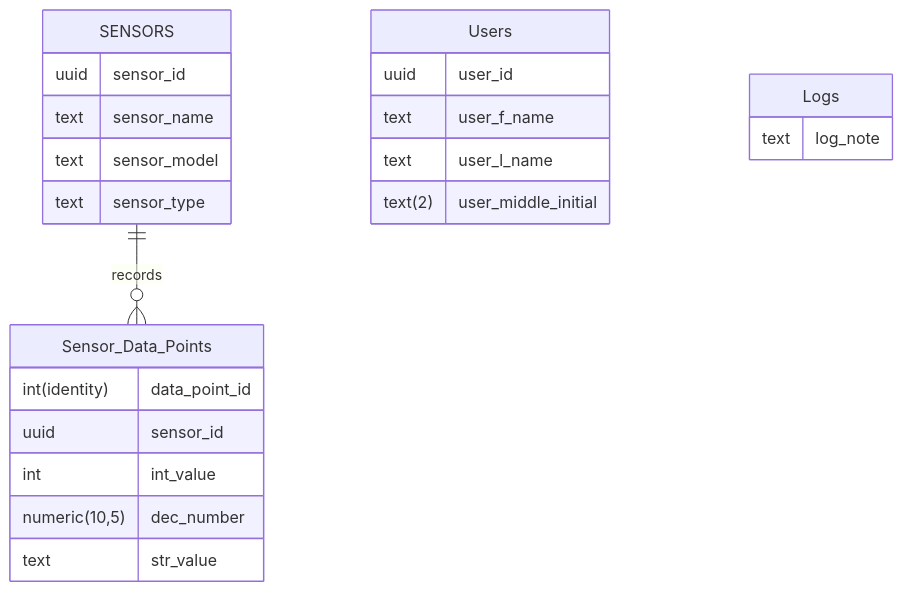
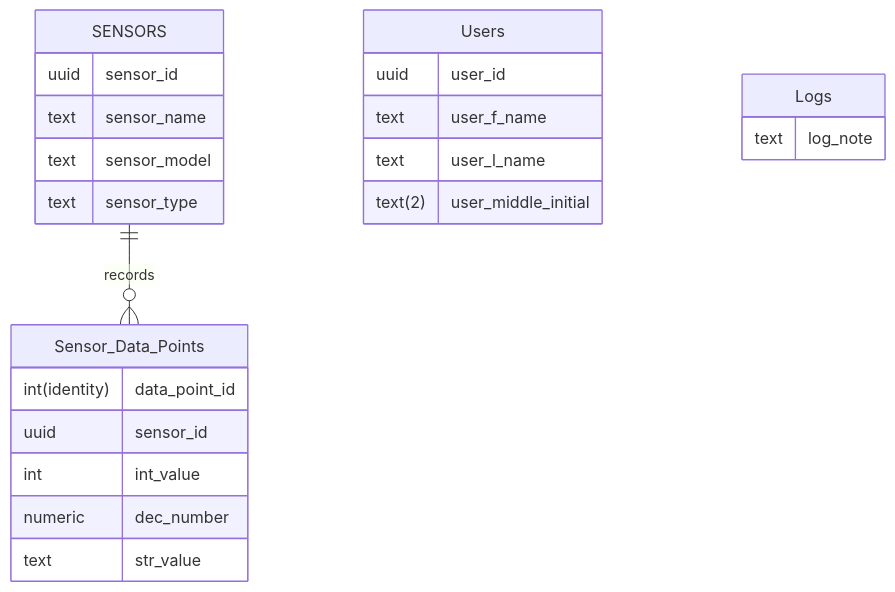
The diagram in Documentation/Database_Relational_Diagram.md (CharisGrubb/SensorCommandCenter), drawn with Mermaid before and after one commit.

Commit message:
removed numeric definition of (10,5) because mermaid errors with comma

````diff
--- a/Documentation/Database_Relational_Diagram.md
+++ b/Documentation/Database_Relational_Diagram.md
@@ -1,36 +1,36 @@
 ```mermaid
 
 erDiagram
     SENSORS ||--o{ Sensor_Data_Points : records
 
 
     Users{
         uuid user_id
         text user_f_name
         text user_l_name
         text(2) user_middle_initial
     }
 
 
     SENSORS {
         uuid sensor_id
         text sensor_name 
         text sensor_model
         text sensor_type
         
     }
     
     Sensor_Data_Points {
         int(identity) data_point_id
         uuid sensor_id
         int int_value 
-        numeric(10,5) dec_number  
+        numeric dec_number  
         text str_value
     }
    
     Logs{
         text log_note
     }
 
 
 ```
````
